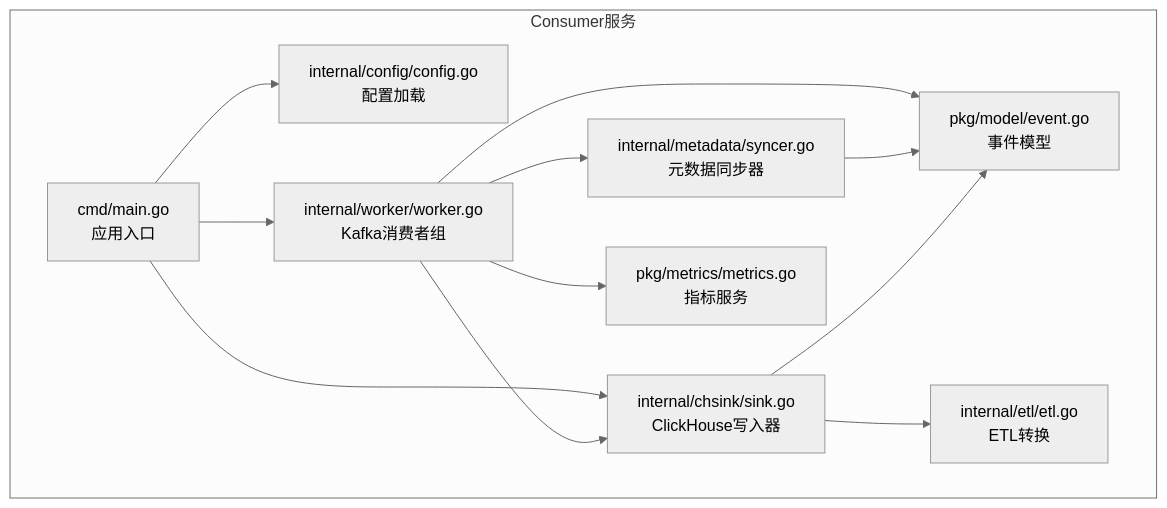
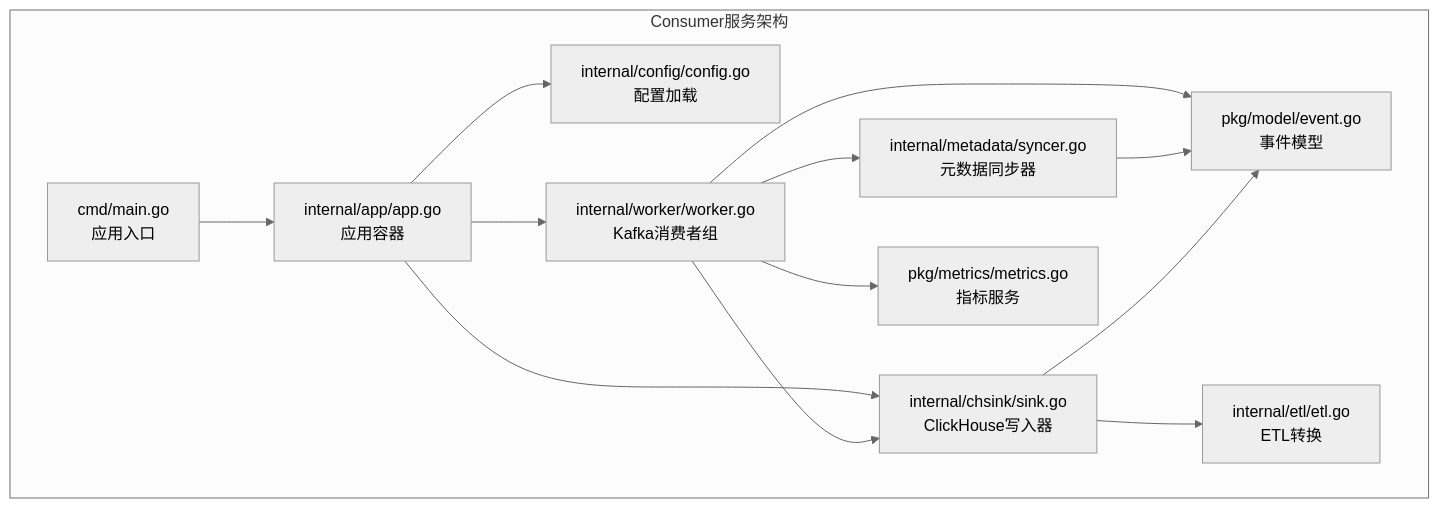
The first of 9 diagrams in .qoder/repowiki/zh/content/后端服务架构/Consumer服务.md (zhen-zhong/AeroLog), drawn with Mermaid (neutral theme) before and after one commit. The commit also changed other lines of this file and 105 other files, not shown here.

````diff
--- a/.qoder/repowiki/zh/content/后端服务架构/Consumer服务.md
+++ b/.qoder/repowiki/zh/content/后端服务架构/Consumer服务.md
@@ -56,23 +60,25 @@
 ```mermaid
 graph TB
-subgraph "Consumer服务"
+subgraph "Consumer服务架构"
 CMD["cmd/main.go<br/>应用入口"]
+APP["internal/app/app.go<br/>应用容器"]
 CFG["internal/config/config.go<br/>配置加载"]
 WRK["internal/worker/worker.go<br/>Kafka消费者组"]
 META["internal/metadata/syncer.go<br/>元数据同步器"]
 ETL["internal/etl/etl.go<br/>ETL转换"]
 SINK["internal/chsink/sink.go<br/>ClickHouse写入器"]
 MODEL["pkg/model/event.go<br/>事件模型"]
 METRICS["pkg/metrics/metrics.go<br/>指标服务"]
 end
-CMD --> CFG
-CMD --> SINK
-CMD --> WRK
+CMD --> APP
+APP --> CFG
+APP --> SINK
+APP --> WRK
 WRK --> META
 WRK --> SINK
 WRK --> MODEL
 WRK --> METRICS
 META --> MODEL
 SINK --> ETL
 SINK --> MODEL
 ```
````
